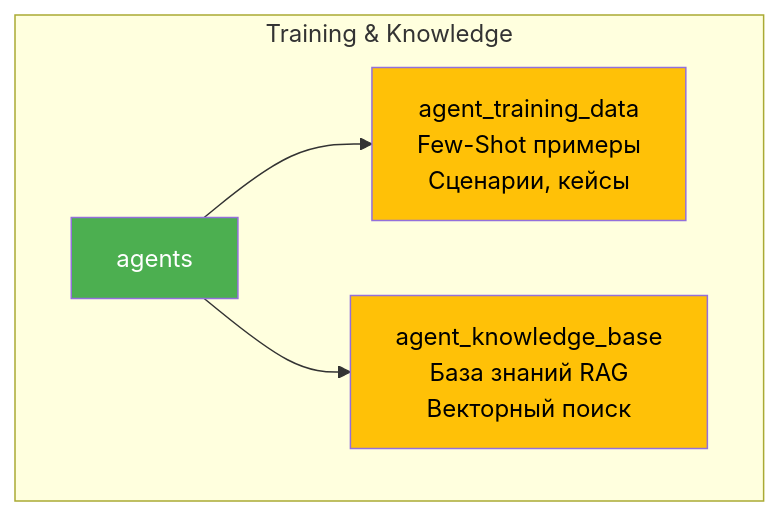
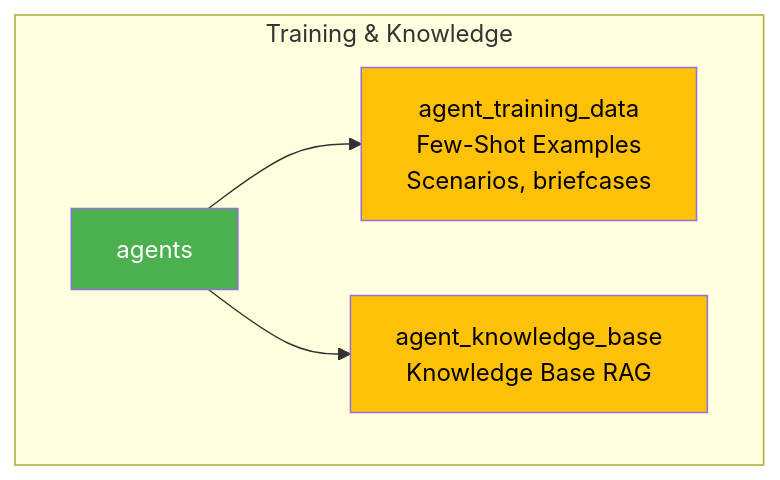
Before and after one commit to Maxi-online/hr-intelligence-platform: the sixth of 11 diagrams in components/office_services/central_database/DATABASE_DIAGRAM.md, drawn with Mermaid. The commit also changed other lines of this file and 90 other files, not shown here.

````diff
--- a/components/office_services/central_database/DATABASE_DIAGRAM.md
+++ b/components/office_services/central_database/DATABASE_DIAGRAM.md
@@ -434,15 +434,15 @@
 ```mermaid
 graph TB
     subgraph "Training & Knowledge"
         A[agents]
-        TD[agent_training_data<br/>Few-Shot примеры<br/>Сценарии, кейсы]
-        KB[agent_knowledge_base<br/>База знаний RAG<br/>Векторный поиск]
+        TD[agent_training_data<br/>Few-Shot Examples<br/>Scenarios, briefcases]
+        KB[agent_knowledge_base<br/> Knowledge Base RAG<br/>]
         
         A --> TD
         A --> KB
     end
     
     style A fill:#4CAF50,color:#fff
     style TD fill:#FFC107,color:#000
     style KB fill:#FFC107,color:#000
 ```
````
